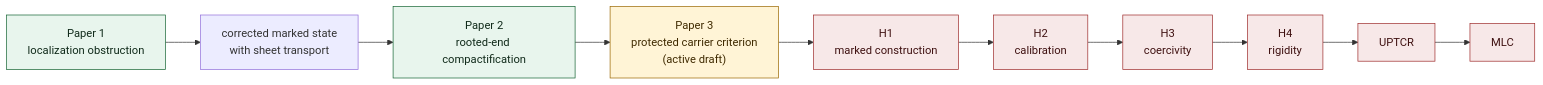
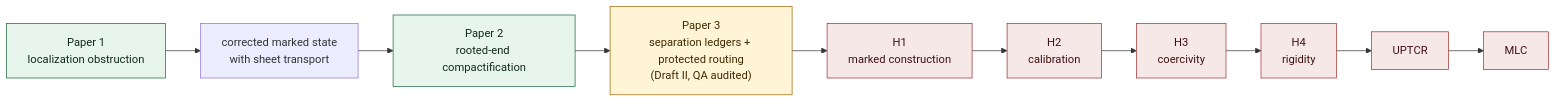
One commit to dovvnloading/loops-research-archive changed the diagram in README.md. Above: the diagram before and after it, drawn with Mermaid. The commit also changed other lines of this file and 26 other files, not shown here.

Commit message:
Publish Paper 3 Draft II

````diff
--- a/README.md
+++ b/README.md
@@ -30,19 +30,19 @@
 ```mermaid
 flowchart LR
     P1["Paper 1<br/>localization obstruction"] --> S["corrected marked state<br/>with sheet transport"]
     S --> P2["Paper 2<br/>rooted-end compactification"]
-    P2 --> P3["Paper 3<br/>protected carrier criterion<br/>(active draft)"]
+    P2 --> P3["Paper 3<br/>separation ledgers + protected routing<br/>(Draft II, QA audited)"]
     P3 --> H1["H1<br/>marked construction"]
     H1 --> H2["H2<br/>calibration"]
     H2 --> H3["H3<br/>coercivity"]
     H3 --> H4["H4<br/>rigidity"]
     H4 --> U["UPTCR"]
     U --> M["MLC"]
 
     classDef proved fill:#e8f5ed,stroke:#166534,color:#102a1a;
     classDef active fill:#fff4d6,stroke:#9a6700,color:#3f2a00;
     classDef open fill:#f7e8e8,stroke:#9f2d2d,color:#3f1111;
     class P1,P2 proved;
     class P3 active;
     class H1,H2,H3,H4,U,M open;
 ```
````
